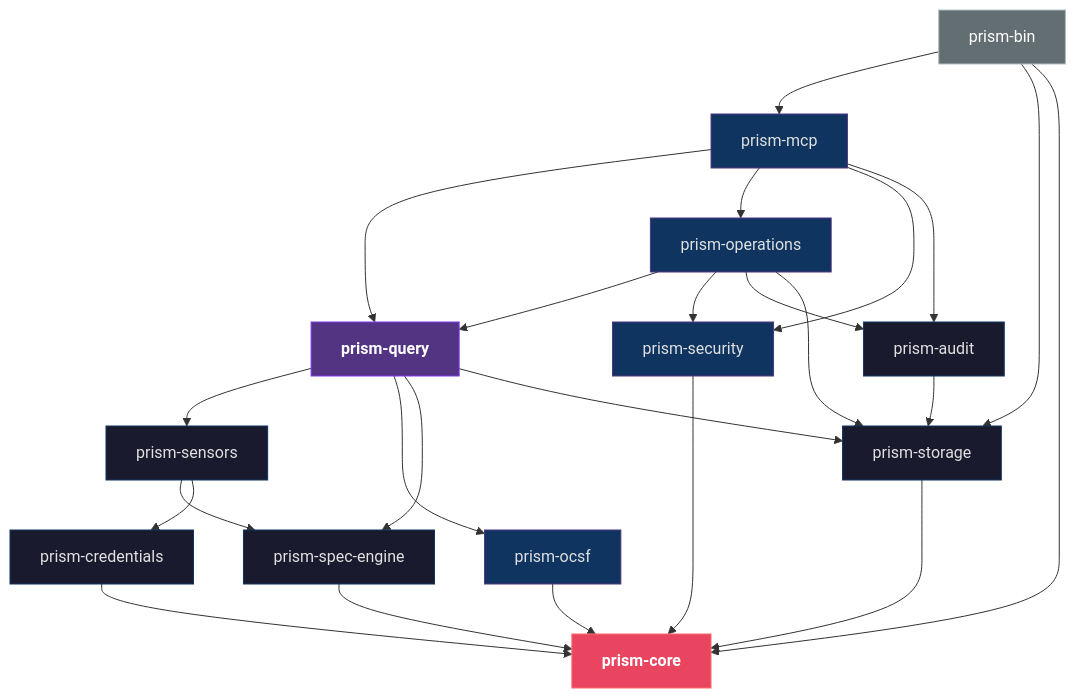
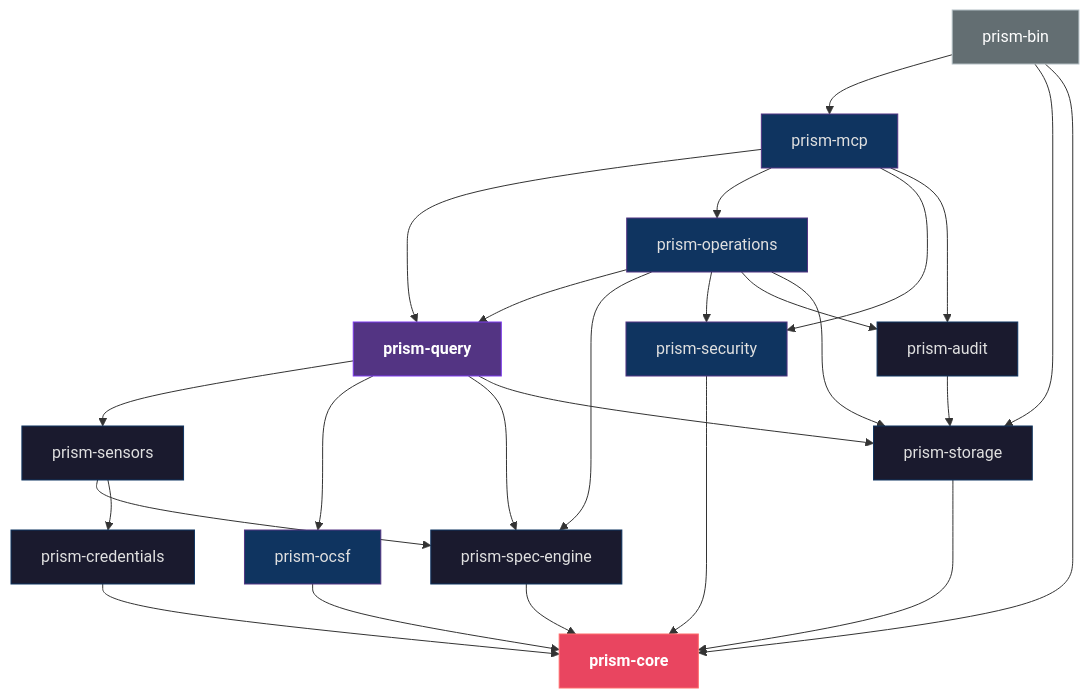
One commit to drbothen/prism changed the first of 2 diagrams in specs/architecture/dependency-graph.md. Above: the diagram before and after it, drawn with Mermaid. The commit also changed other lines of this file and 8 other files, not shown here.

````diff
--- a/specs/architecture/dependency-graph.md
+++ b/specs/architecture/dependency-graph.md
@@ -20,58 +20,59 @@
 ```mermaid
 graph TD
     BIN["prism-bin"]
     MCP["prism-mcp"]
     QUERY["prism-query"]
     OPS["prism-operations"]
     SENS["prism-sensors"]
     SPEC["prism-spec-engine"]
     OCSF["prism-ocsf"]
     SEC["prism-security"]
     CRED["prism-credentials"]
     STOR["prism-storage"]
     AUD["prism-audit"]
     CORE["prism-core"]
 
     BIN --> MCP
     BIN --> STOR
     BIN --> CORE
 
     MCP --> QUERY
     MCP --> OPS
     MCP --> SEC
     MCP --> AUD
 
     QUERY --> SENS
     QUERY --> OCSF
     QUERY --> SPEC
     QUERY --> STOR
 
     OPS --> QUERY
+    OPS --> SPEC
     OPS --> SEC
     OPS --> AUD
     OPS --> STOR
 
     SENS --> SPEC
     SENS --> CRED
 
     AUD --> STOR
 
     SPEC --> CORE
     OCSF --> CORE
     SEC --> CORE
     CRED --> CORE
     STOR --> CORE
 
     style CORE fill:#e94560,stroke:#ff6b6b,color:#fff,font-weight:bold
     style QUERY fill:#533483,stroke:#7c3aed,color:#fff,font-weight:bold
     style BIN fill:#636e72,stroke:#b2bec3,color:#fff
     style MCP fill:#0f3460,stroke:#533483,color:#e0e0e0
     style OPS fill:#0f3460,stroke:#533483,color:#e0e0e0
     style SENS fill:#1a1a2e,stroke:#0f3460,color:#e0e0e0
     style SPEC fill:#1a1a2e,stroke:#0f3460,color:#e0e0e0
     style OCSF fill:#0f3460,stroke:#533483,color:#e0e0e0
     style SEC fill:#0f3460,stroke:#533483,color:#e0e0e0
     style CRED fill:#1a1a2e,stroke:#0f3460,color:#e0e0e0
     style STOR fill:#1a1a2e,stroke:#0f3460,color:#e0e0e0
     style AUD fill:#1a1a2e,stroke:#0f3460,color:#e0e0e0
 ```
````
